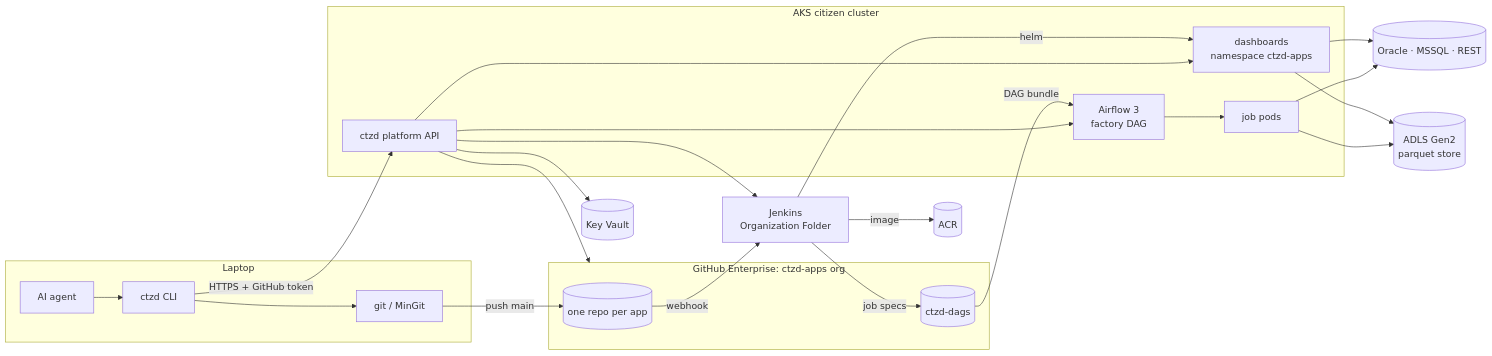
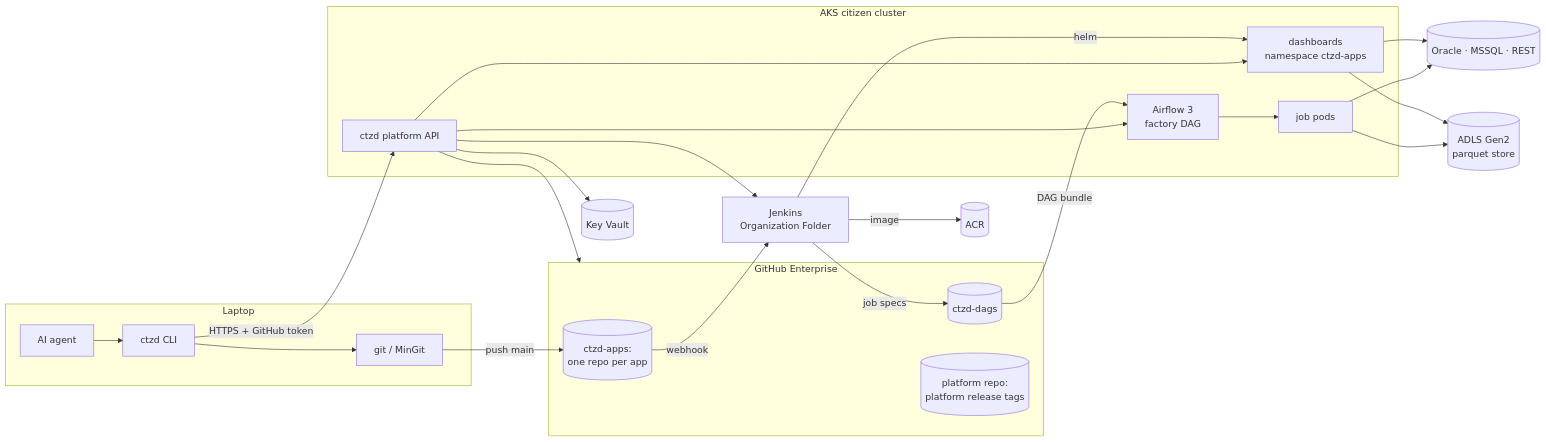
One commit to jacobragsdale/ctzd changed the first of 2 diagrams in docs/plan.md. Above: the diagram before and after it, drawn with Mermaid. The commit also changed other lines of this file and 55 other files, not shown here.

First line of the commit message:
Serve templates and skills as platform releases

````diff
--- a/docs/plan.md
+++ b/docs/plan.md
@@ -41,27 +41,28 @@
 ```mermaid
 flowchart LR
   subgraph laptop[Laptop]
     agent[AI agent] --> cli[ctzd CLI]
     cli --> git[git / MinGit]
   end
-  subgraph ghe[GitHub Enterprise: ctzd-apps org]
-    repo[(one repo per app)]
+  subgraph ghe[GitHub Enterprise]
+    repo[(ctzd-apps:<br/>one repo per app)]
     dags[(ctzd-dags)]
+    releases[(platform repo:<br/>platform release tags)]
   end
   subgraph aks[AKS citizen cluster]
     api[ctzd platform API]
     apps[dashboards<br/>namespace ctzd-apps]
     airflow[Airflow 3<br/>factory DAG]
     pods[job pods]
   end
   git -- push main --> repo
   repo -- webhook --> jenkins[Jenkins<br/>Organization Folder]
   jenkins -- image --> acr[(ACR)]
   jenkins -- helm --> apps
   jenkins -- job specs --> dags
   dags -- DAG bundle --> airflow --> pods
   cli -- HTTPS + GitHub token --> api
   api --> ghe & jenkins & airflow & apps & kv[(Key Vault)]
   apps & pods --> sources[(Oracle · MSSQL · REST)]
   apps & pods --> store[(ADLS Gen2<br/>parquet store)]
 ```
````
